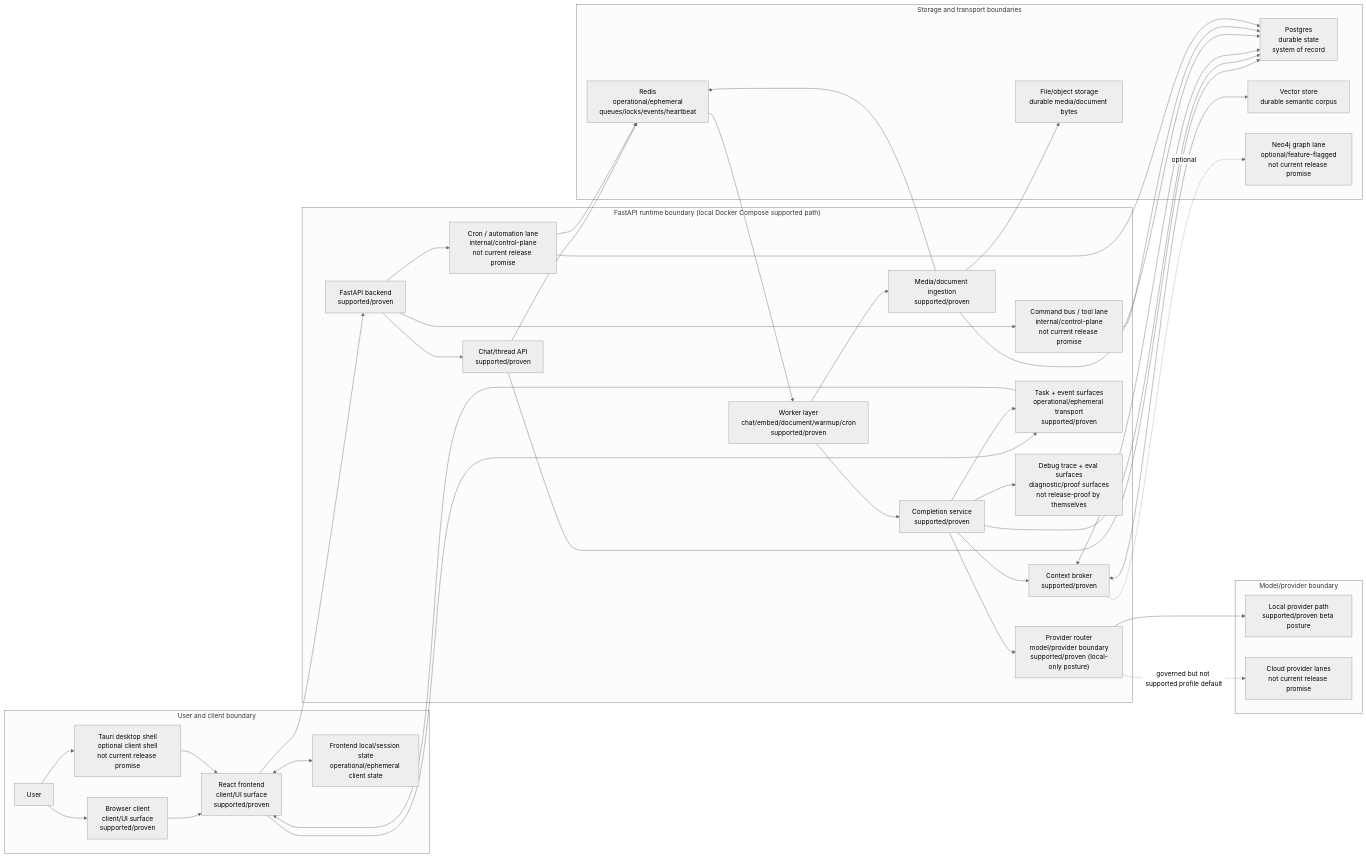
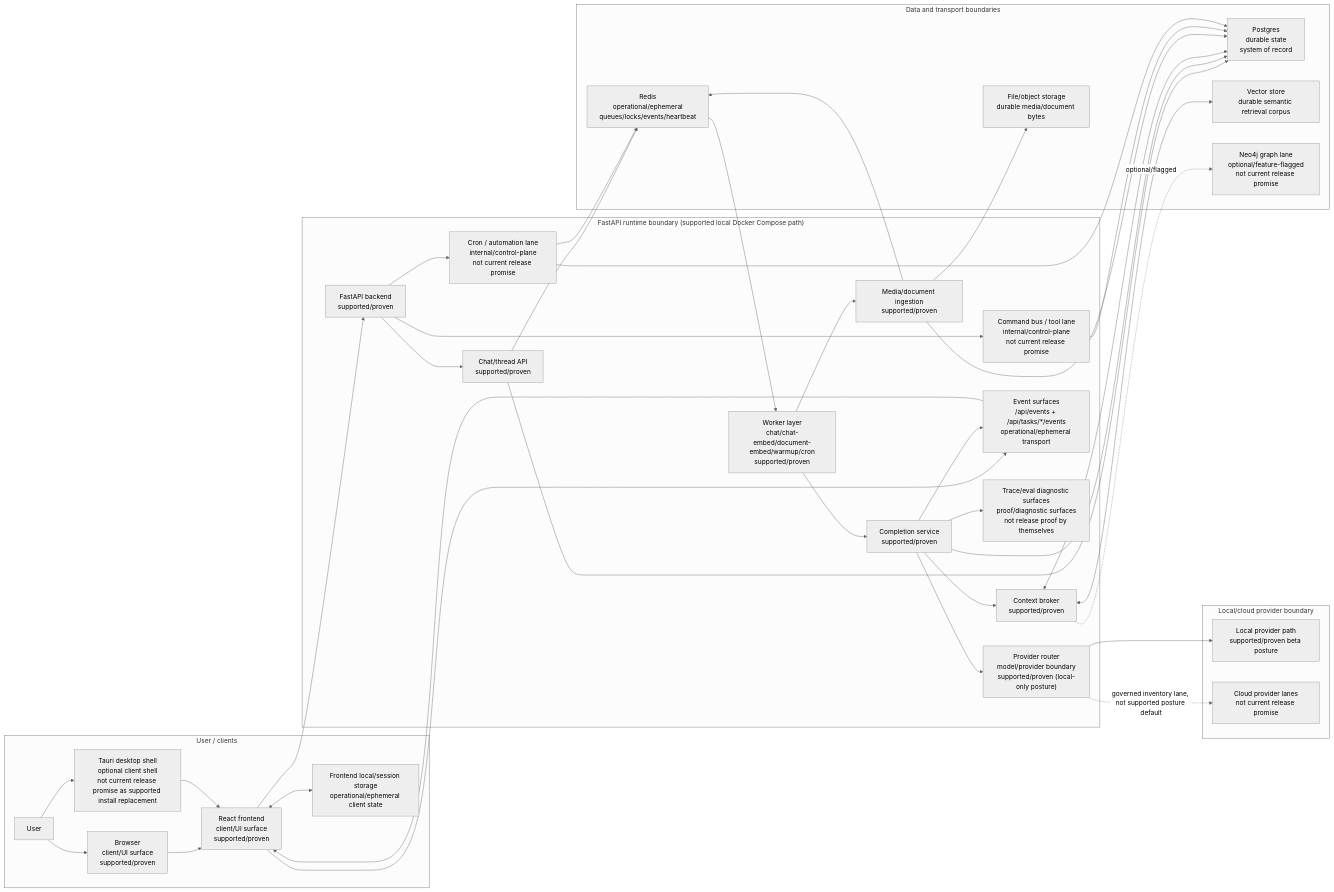
Before and after one commit to Resonant-Jones/Codexify: the diagram in docs/architecture/generated/codexify-development-map-v1/01-current-codexify-system-map.mmd, drawn with Mermaid (neutral theme). The commit also changed 9 other files, not shown here.

Commit message:
Fix development map Mermaid preview compatibility

```diff
--- a/docs/architecture/generated/codexify-development-map-v1/01-current-codexify-system-map.mmd
+++ b/docs/architecture/generated/codexify-development-map-v1/01-current-codexify-system-map.mmd
@@ -1,68 +1,74 @@
 flowchart LR
-    subgraph clients["User and client boundary"]
+    subgraph users["User / clients"]
         U["User"]
-        B["Browser client\nclient/UI surface\nsupported/proven"]
-        T["Tauri desktop shell\noptional client shell\nnot current release promise"]
-        FE["React frontend\nclient/UI surface\nsupported/proven"]
-        LS["Frontend local/session state\noperational/ephemeral client state"]
+        B["Browser<br/>client/UI surface<br/>supported/proven"]
+        T["Tauri desktop shell<br/>optional client shell<br/>not current release promise as supported install replacement"]
+        FE["React frontend<br/>client/UI surface<br/>supported/proven"]
+        CLS["Frontend local/session storage<br/>operational/ephemeral client state"]
     end
 
-    subgraph runtime["FastAPI runtime boundary (local Docker Compose supported path)"]
-        API["FastAPI backend\nsupported/proven"]
-        CHAT["Chat/thread API\nsupported/proven"]
-        COMP["Completion service\nsupported/proven"]
-        CTX["Context broker\nsupported/proven"]
-        PROUTER["Provider router\nmodel/provider boundary\nsupported/proven (local-only posture)"]
-        WORKERS["Worker layer\nchat/embed/document/warmup/cron\nsupported/proven"]
-        CMD["Command bus / tool lane\ninternal/control-plane\nnot current release promise"]
-        CRON["Cron / automation lane\ninternal/control-plane\nnot current release promise"]
-        INGEST["Media/document ingestion\nsupported/proven"]
-        EVENTS["Task + event surfaces\noperational/ephemeral transport\nsupported/proven"]
-        TRACE["Debug trace + eval surfaces\ndiagnostic/proof surfaces\nnot release-proof by themselves"]
+    subgraph runtime["FastAPI runtime boundary (supported local Docker Compose path)"]
+        API["FastAPI backend<br/>supported/proven"]
+        CHAT["Chat/thread API<br/>supported/proven"]
+        COMP["Completion service<br/>supported/proven"]
+        CTX["Context broker<br/>supported/proven"]
+        ROUTER["Provider router<br/>model/provider boundary<br/>supported/proven (local-only posture)"]
+        WORK["Worker layer<br/>chat/chat-embed/document-embed/warmup/cron<br/>supported/proven"]
+        CMD["Command bus / tool lane<br/>internal/control-plane<br/>not current release promise"]
+        CRON["Cron / automation lane<br/>internal/control-plane<br/>not current release promise"]
+        ING["Media/document ingestion<br/>supported/proven"]
+        EV["Event surfaces<br/>/api/events + /api/tasks/*/events<br/>operational/ephemeral transport"]
+        TRACE["Trace/eval diagnostic surfaces<br/>proof/diagnostic surfaces<br/>not release proof by themselves"]
     end
 
-    subgraph stores["Storage and transport boundaries"]
-        PG["Postgres\ndurable state\nsystem of record"]
-        REDIS["Redis\noperational/ephemeral\nqueues/locks/events/heartbeat"]
-        VEC["Vector store\ndurable semantic corpus"]
-        OBJ["File/object storage\ndurable media/document bytes"]
-        NEO["Neo4j graph lane\noptional/feature-flagged\nnot current release promise"]
+    subgraph data["Data and transport boundaries"]
+        PG["Postgres<br/>durable state<br/>system of record"]
+        R["Redis<br/>operational/ephemeral<br/>queues/locks/events/heartbeat"]
+        V["Vector store<br/>durable semantic retrieval corpus"]
+        FS["File/object storage<br/>durable media/document bytes"]
+        NEO["Neo4j graph lane<br/>optional/feature-flagged<br/>not current release promise"]
     end
 
-    subgraph providers["Model/provider boundary"]
-        LOCAL["Local provider path\nsupported/proven beta posture"]
-        CLOUD["Cloud provider lanes\nnot current release promise"]
+    subgraph providers["Local/cloud provider boundary"]
+        LP["Local provider path<br/>supported/proven beta posture"]
+        CP["Cloud provider lanes<br/>not current release promise"]
     end
 
     U --> B
     U --> T
     B --> FE
     T --> FE
-    FE <--> LS
+    FE <--> CLS
+
     FE --> API
-    FE --> EVENTS
+    FE --> EV
     API --> CHAT
-    CHAT --> REDIS
+    CHAT --> R
     CHAT --> PG
-    REDIS --> WORKERS
-    WORKERS --> COMP
+
+    R --> WORK
+    WORK --> COMP
     COMP --> CTX
-    COMP --> PROUTER
+    COMP --> ROUTER
     COMP --> PG
-    COMP --> EVENTS
+    COMP --> EV
     COMP --> TRACE
+
     CTX <--> PG
-    CTX <--> VEC
-    CTX -. optional .-> NEO
-    INGEST --> OBJ
-    INGEST --> PG
-    INGEST --> REDIS
-    WORKERS --> INGEST
+    CTX <--> V
+    CTX -. optional/flagged .-> NEO
+
+    WORK --> ING
+    ING --> FS
+    ING --> PG
+    ING --> R
+
     API --> CMD
     API --> CRON
     CMD --> PG
-    CRON --> REDIS
+    CRON --> R
     CRON --> PG
-    EVENTS --> FE
-    PROUTER --> LOCAL
-    PROUTER -. governed but not supported profile default .-> CLOUD
+
+    EV --> FE
+    ROUTER --> LP
+    ROUTER -. governed inventory lane, not supported posture default .-> CP
```
